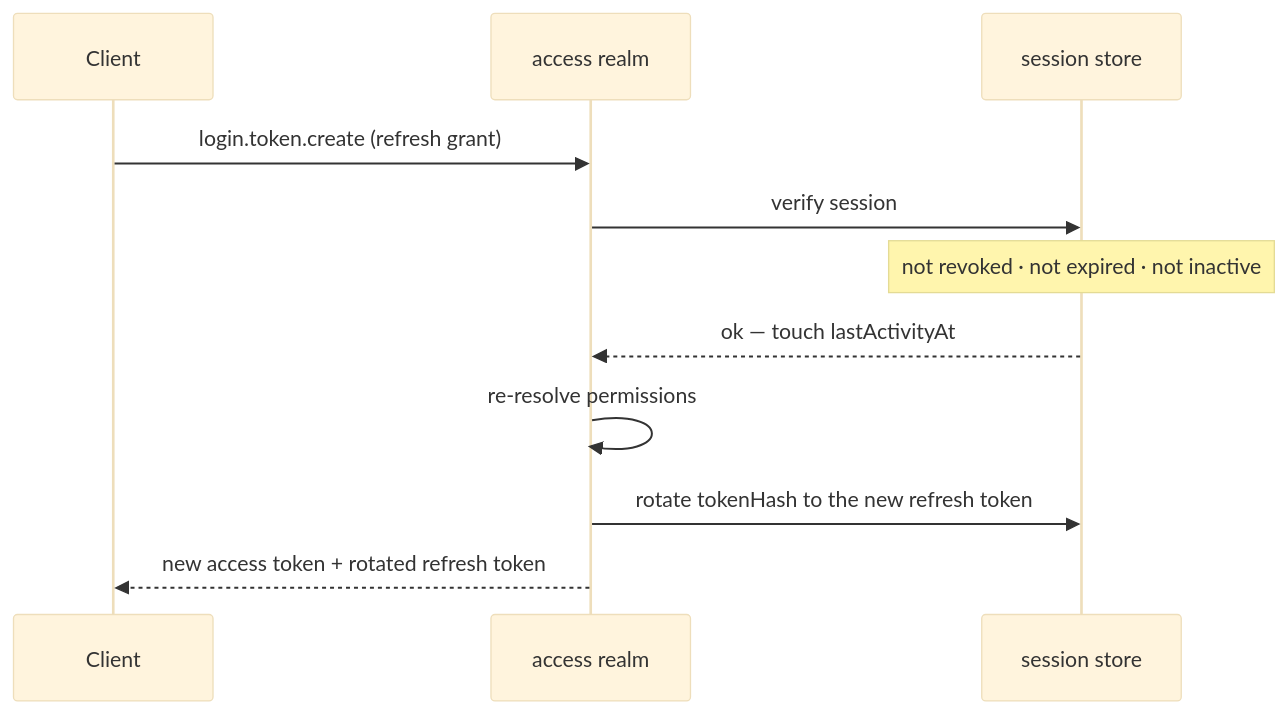
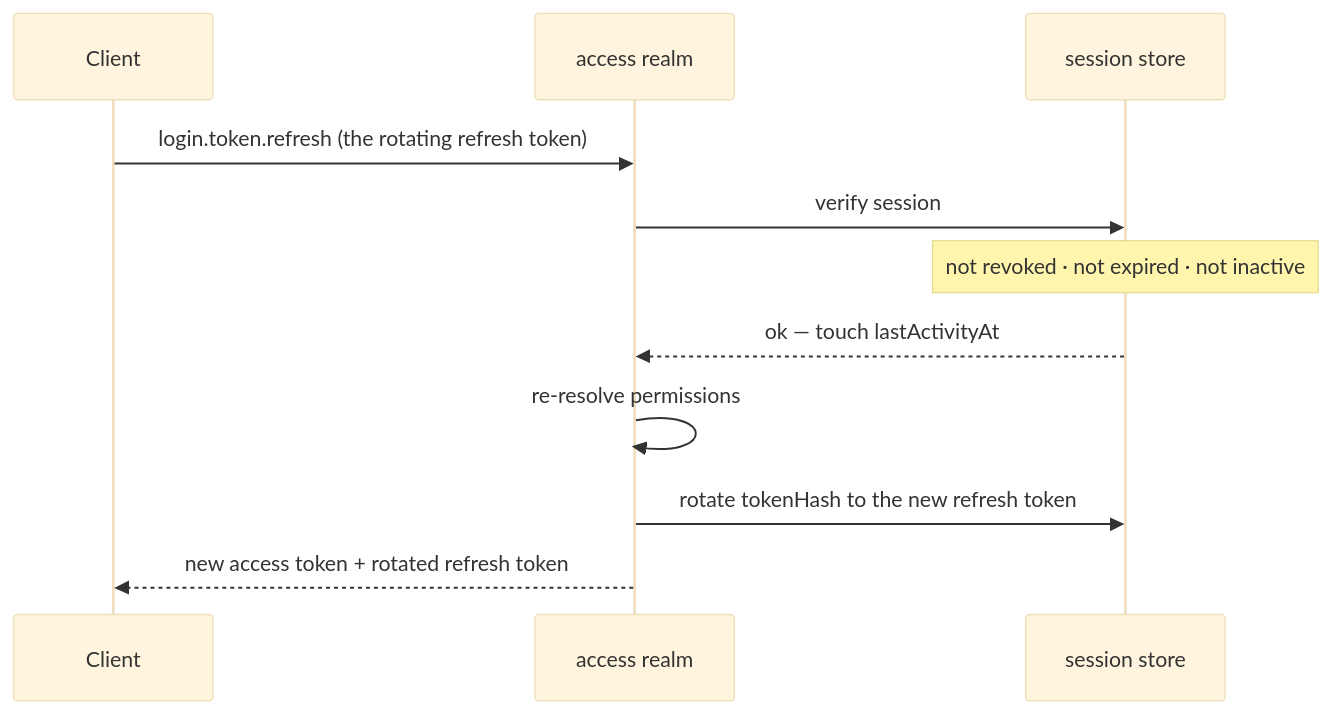
One commit to feasibleone/blong changed the second of 2 diagrams in docs/blong/docs/concepts/sessions.md. Above: the diagram before and after it, drawn with Mermaid (base theme). The commit also changed other lines of this file and 122 other files, not shown here.

````diff
--- a/docs/blong/docs/concepts/sessions.md
+++ b/docs/blong/docs/concepts/sessions.md
@@ -55,13 +55,13 @@
 ```mermaid
 sequenceDiagram
     participant C as Client
     participant A as access realm
     participant S as session store
-    C->>A: login.token.create (refresh grant)
+    C->>A: login.token.refresh (the rotating refresh token)
     A->>S: verify session
     Note over S: not revoked · not expired · not inactive
     S-->>A: ok — touch lastActivityAt
     A->>A: re-resolve permissions
     A->>S: rotate tokenHash to the new refresh token
     A-->>C: new access token + rotated refresh token
 ```
````
